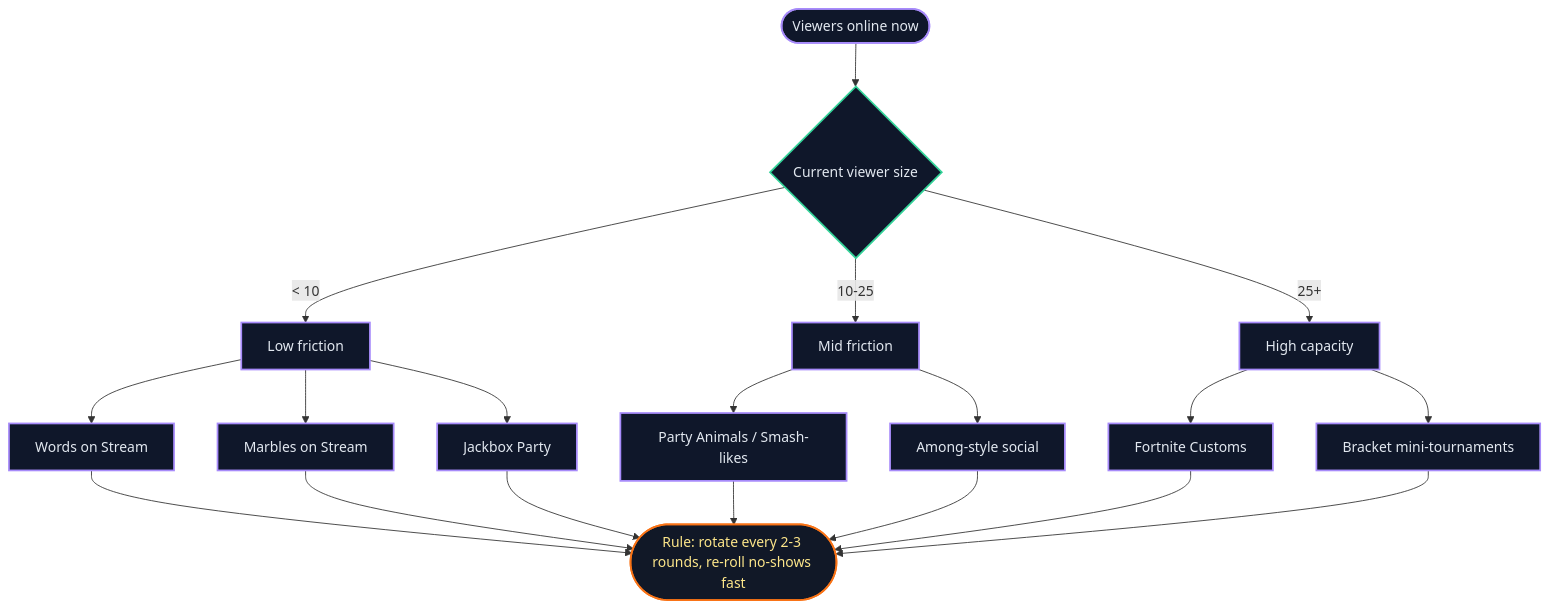
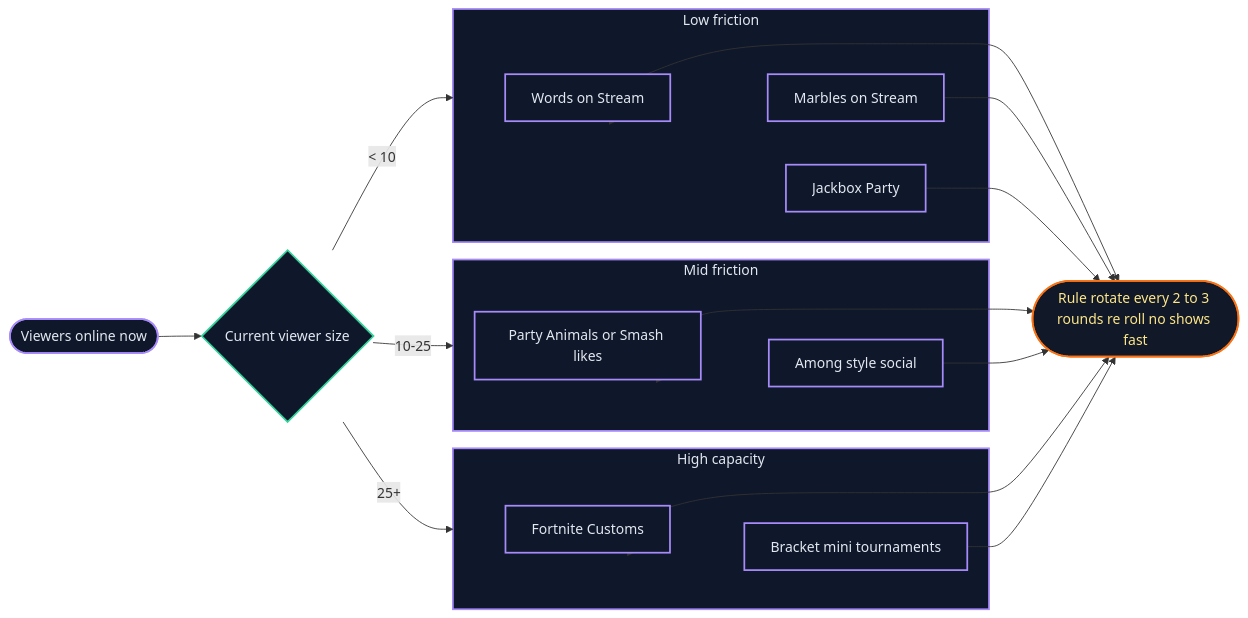
Before and after one commit to littl3-boat/ttwise: the diagram in public/static/images/best-games-to-play-with-chat-stream-2025/game-selection-flow.mmd, drawn with Mermaid. The commit also changed 5 other files, not shown here.

Commit message:
docs(blog): add detailed diagram explanations for game selection and chat engagement strategies

```diff
--- a/public/static/images/best-games-to-play-with-chat-stream-2025/game-selection-flow.mmd
+++ b/public/static/images/best-games-to-play-with-chat-stream-2025/game-selection-flow.mmd
@@ -1,34 +1,49 @@
-flowchart TD
+flowchart LR
   Start([Viewers online now]) --> Size{Current viewer size}
-  Size -->|< 10| LowF[Low friction]
-  Size -->|10-25| MidF[Mid friction]
-  Size -->|25+| HighF[High capacity]
 
-  LowF --> L1[Words on Stream]
-  LowF --> L2[Marbles on Stream]
-  LowF --> L3[Jackbox Party]
+  Size -->|< 10| LowF
+  Size -->|10-25| MidF
+  Size -->|25+| HighF
 
-  MidF --> M1[Party Animals / Smash-likes]
-  MidF --> M2[Among-style social]
+  subgraph LowF[Low friction]
+    L1[Words on Stream]
+    L2[Marbles on Stream]
+    L3[Jackbox Party]
+  end
 
-  HighF --> H1[Fortnite Customs]
-  HighF --> H2[Bracket mini-tournaments]
+  subgraph MidF[Mid friction]
+    M1[Party Animals or Smash likes]
+    M2[Among style social]
+  end
 
-  Note([Rule: rotate every 2-3 rounds, re-roll no-shows fast])
+  subgraph HighF[High capacity]
+    H1[Fortnite Customs]
+    H2[Bracket mini tournaments]
+  end
+
+  LowF --> L1
+  LowF --> L2
+  LowF --> L3
+  MidF --> M1
+  MidF --> M2
+  HighF --> H1
+  HighF --> H2
+
+  Note([Rule rotate every 2 to 3 rounds re roll no shows fast])
   L1 --> Note
   L2 --> Note
   L3 --> Note
   M1 --> Note
   M2 --> Note
   H1 --> Note
   H2 --> Note
 
   classDef node fill:#0f172a,stroke:#a78bfa,stroke-width:2px,color:#e2e8f0;
   classDef decision fill:#0f172a,stroke:#34d399,stroke-width:2px,color:#e2e8f0;
   classDef tip fill:#111827,stroke:#f97316,stroke-width:2px,color:#fde68a;
 
   class Start node;
   class Size decision;
   class LowF,MidF,HighF node;
   class L1,L2,L3,M1,M2,H1,H2 node;
   class Note tip;
```
